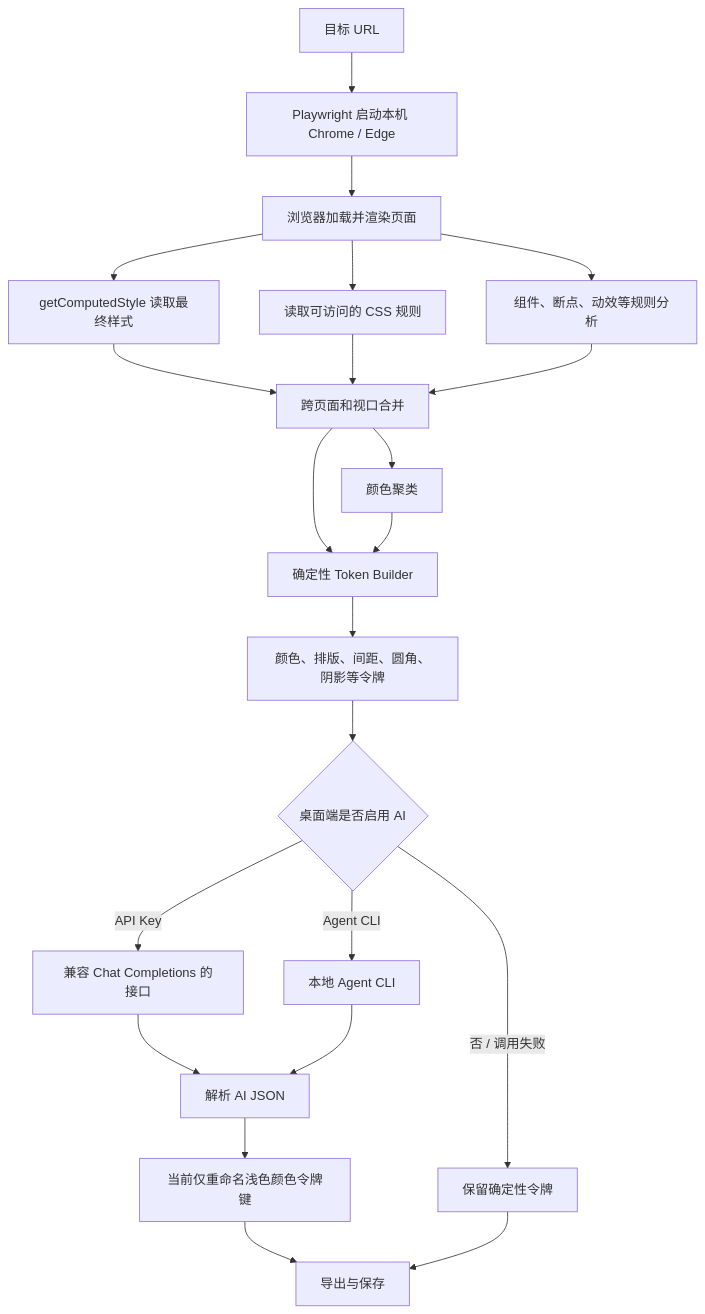
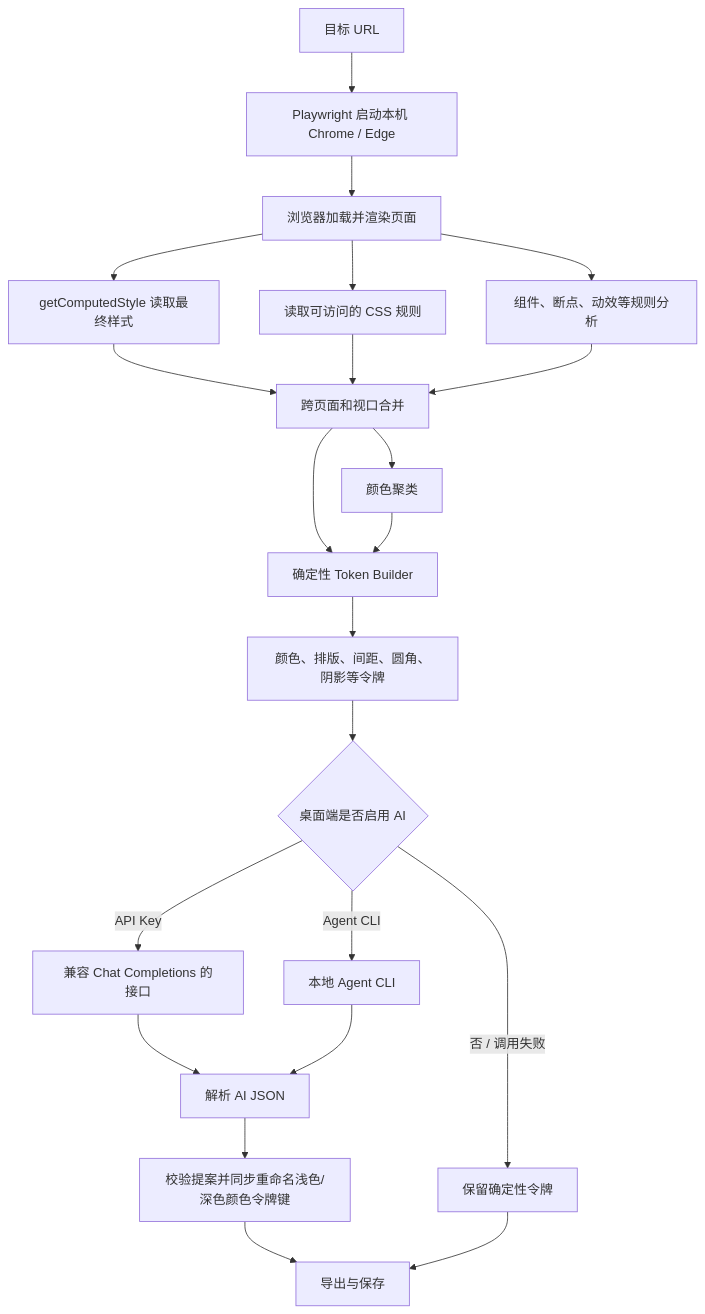
The first of 2 diagrams in ANALYSIS_PIPELINE.zh-CN.md (woai3c/imprint), drawn with Mermaid before and after one commit. The commit also changed other lines of this file and 1 other file, not shown here.

````diff
--- a/ANALYSIS_PIPELINE.zh-CN.md
+++ b/ANALYSIS_PIPELINE.zh-CN.md
@@ -32,24 +32,24 @@
 ```mermaid
 flowchart TD
   A[目标 URL] --> B[Playwright 启动本机 Chrome / Edge]
   B --> C[浏览器加载并渲染页面]
   C --> D[getComputedStyle 读取最终样式]
   C --> E[读取可访问的 CSS 规则]
   C --> F[组件、断点、动效等规则分析]
   D --> G[跨页面和视口合并]
   E --> G
   F --> G
   G --> H[颜色聚类]
   G --> I[确定性 Token Builder]
   H --> I
   I --> J[颜色、排版、间距、圆角、阴影等令牌]
   J --> K{桌面端是否启用 AI}
   K -- 否 / 调用失败 --> L[保留确定性令牌]
   K -- API Key --> M[兼容 Chat Completions 的接口]
   K -- Agent CLI --> N[本地 Agent CLI]
   M --> O[解析 AI JSON]
   N --> O
-  O --> P[当前仅重命名浅色颜色令牌键]
+  O --> P[校验提案并同步重命名浅色/深色颜色令牌键]
   P --> Q[导出与保存]
   L --> Q
 ```
````
